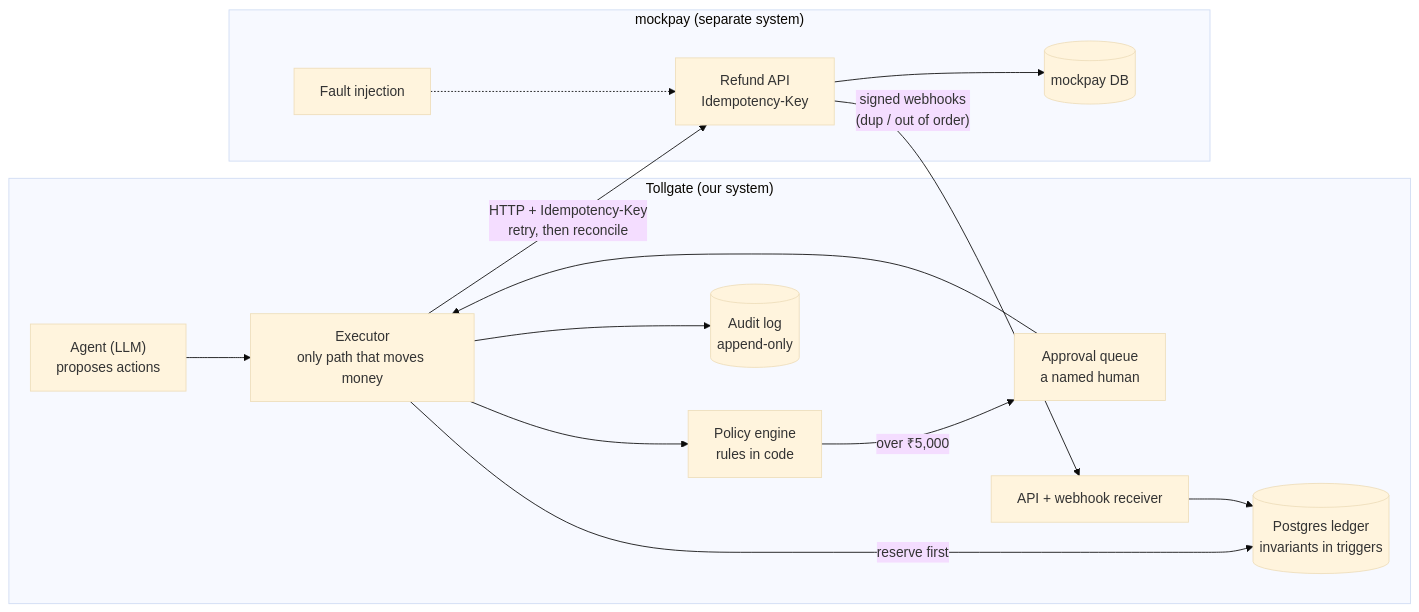
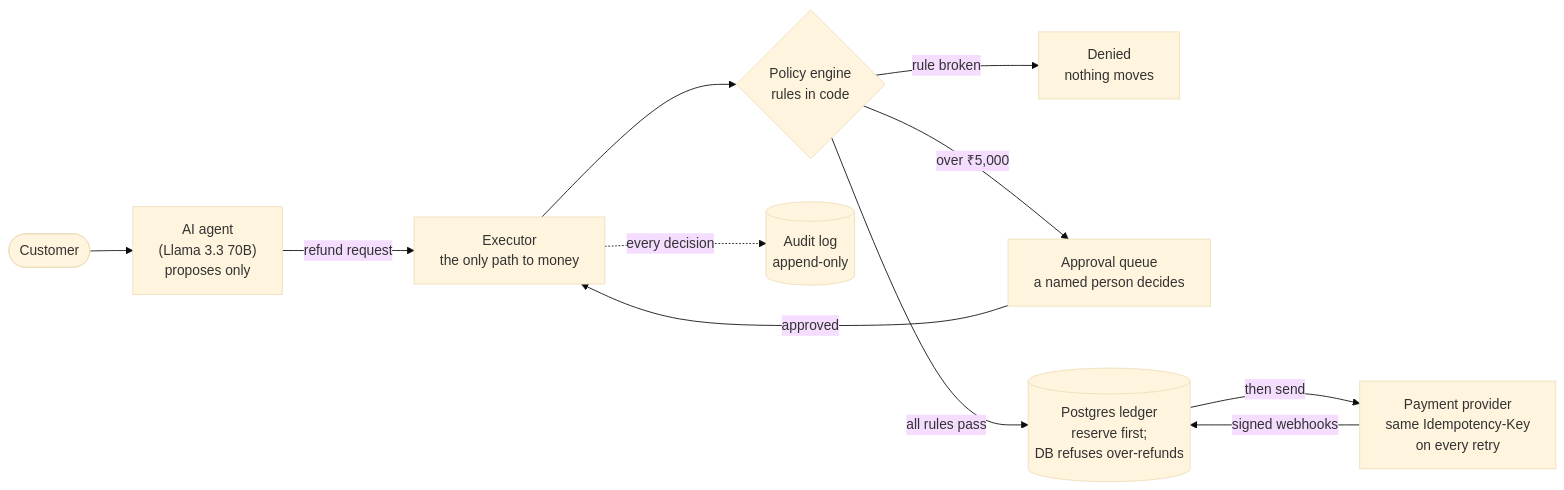
The first of 2 diagrams in README.md (heer-dhandhukia/tollgate), drawn with Mermaid (base theme) before and after one commit. The commit also changed other lines of this file, not shown here.

First line of the commit message:
docs: README that explains the whole project to a first-time reader

````diff
--- a/README.md
+++ b/README.md
@@ -20,25 +42,13 @@
 ```mermaid
 flowchart LR
-    subgraph tollgate["Tollgate (our system)"]
-        agent["Agent (LLM)<br/>proposes actions"]
-        exec["Executor<br/>only path that moves money"]
-        policy["Policy engine<br/>rules in code"]
-        approvals["Approval queue<br/>a named human"]
-        ledger[("Postgres ledger<br/>invariants in triggers")]
-        audit[("Audit log<br/>append-only")]
-        api["API + webhook receiver"]
-    end
-    subgraph provider["mockpay (separate system)"]
-        mp["Refund API<br/>Idempotency-Key"]
-        faults["Fault injection"]
-        mpdb[("mockpay DB")]
-    end
-    agent --> exec --> policy
-    policy -- "over ₹5,000" --> approvals --> exec
-    exec -- "reserve first" --> ledger
-    exec -- "HTTP + Idempotency-Key<br/>retry, then reconcile" --> mp
-    exec --> audit
-    mp --> mpdb
-    faults -.-> mp
-    mp -- "signed webhooks<br/>(dup / out of order)" --> api --> ledger
+    customer(["Customer"]) --> agent["AI agent<br/>(Llama 3.3 70B)<br/>proposes only"]
+    agent -- "refund request" --> exec["Executor<br/>the only path to money"]
+    exec --> policy{"Policy engine<br/>rules in code"}
+    policy -- "rule broken" --> deny["Denied<br/>nothing moves"]
+    policy -- "over ₹5,000" --> human["Approval queue<br/>a named person decides"]
+    human -- "approved" --> exec
+    policy -- "all rules pass" --> ledger[("Postgres ledger<br/>reserve first;<br/>DB refuses over-refunds")]
+    ledger -- "then send" --> provider["Payment provider<br/>same Idempotency-Key<br/>on every retry"]
+    provider -- "signed webhooks" --> ledger
+    exec -. "every decision" .-> audit[("Audit log<br/>append-only")]
 ```
````
